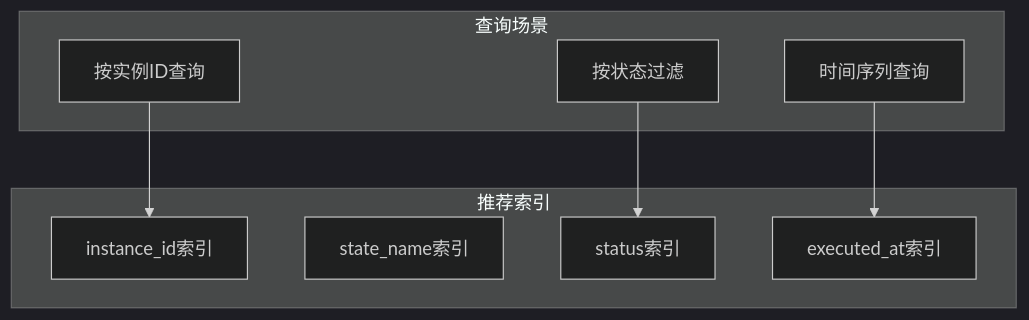
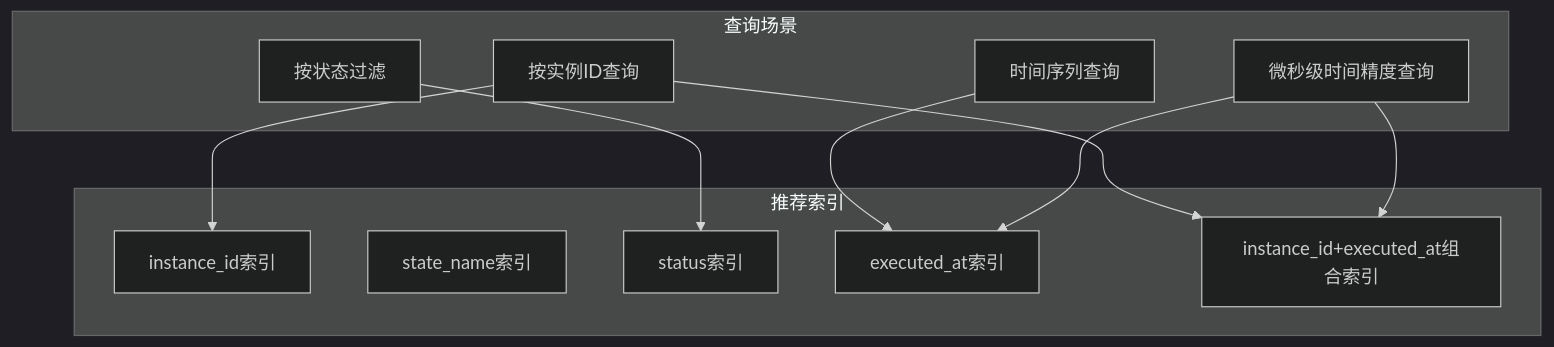
Before and after one commit to xiaoche80s-tech/state-machine-parent: the tenth of 12 diagrams in .qoder/repowiki/zh/content/持久化层/数据库Schema设计.md, drawn with Mermaid (dark theme). The commit also changed other lines of this file and 17 other files, not shown here.

````diff
--- a/.qoder/repowiki/zh/content/持久化层/数据库Schema设计.md
+++ b/.qoder/repowiki/zh/content/持久化层/数据库Schema设计.md
@@ -521,17 +569,22 @@
 ```mermaid
 graph TB
 subgraph "查询场景"
 S1[按实例ID查询]
 S2[按状态过滤]
 S3[时间序列查询]
+S4[微秒级时间精度查询]
 end
 subgraph "推荐索引"
 J1[instance_id索引]
 J2[state_name索引]
 J3[status索引]
 J4[executed_at索引]
+J5[instance_id+executed_at组合索引]
 end
 S1 --> J1
 S2 --> J3
 S3 --> J4
+S4 --> J4
+S1 --> J5
+S4 --> J5
 ```
````
